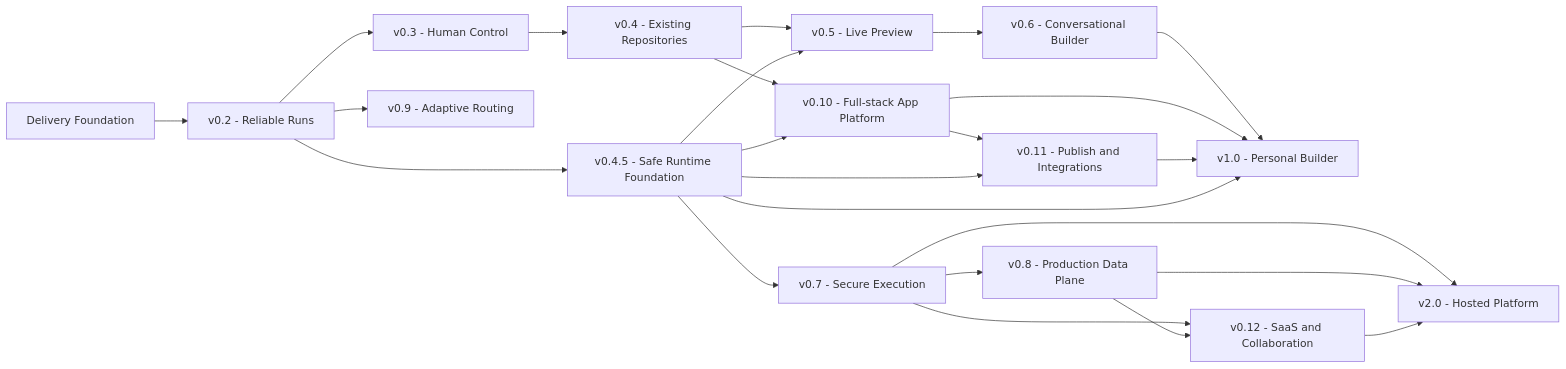
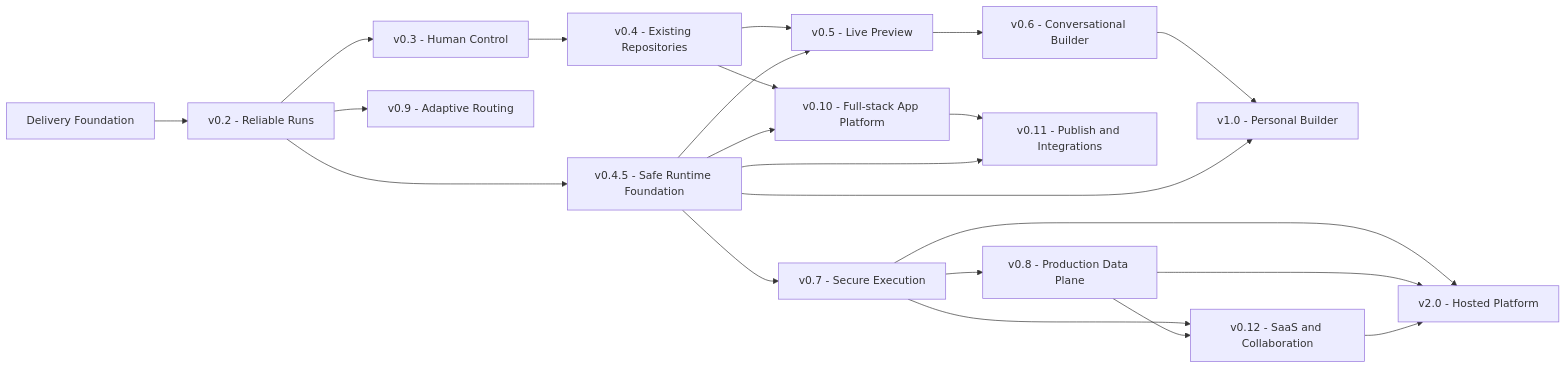
One commit to eedsilva/agent-foundry changed the diagram in planning/ROADMAP.md. Above: the diagram before and after it, drawn with Mermaid. The commit also changed other lines of this file and 6 other files, not shown here.

````diff
--- a/planning/ROADMAP.md
+++ b/planning/ROADMAP.md
@@ -23,41 +23,39 @@
 ```mermaid
 flowchart LR
   m_foundation["Delivery Foundation"]
   m_v0_2["v0.2 - Reliable Runs"]
   m_foundation --> m_v0_2
   m_v0_3["v0.3 - Human Control"]
   m_v0_2 --> m_v0_3
   m_v0_4["v0.4 - Existing Repositories"]
   m_v0_3 --> m_v0_4
   m_v0_4_5["v0.4.5 - Safe Runtime Foundation"]
   m_v0_2 --> m_v0_4_5
   m_v0_5["v0.5 - Live Preview"]
   m_v0_4 --> m_v0_5
   m_v0_4_5 --> m_v0_5
   m_v0_6["v0.6 - Conversational Builder"]
   m_v0_5 --> m_v0_6
   m_v0_10["v0.10 - Full-stack App Platform"]
   m_v0_4 --> m_v0_10
   m_v0_4_5 --> m_v0_10
   m_v0_11["v0.11 - Publish and Integrations"]
   m_v0_10 --> m_v0_11
   m_v0_4_5 --> m_v0_11
   m_v1_0["v1.0 - Personal Builder"]
   m_v0_6 --> m_v1_0
-  m_v0_10 --> m_v1_0
-  m_v0_11 --> m_v1_0
   m_v0_4_5 --> m_v1_0
   m_v0_7["v0.7 - Secure Execution"]
   m_v0_4_5 --> m_v0_7
   m_v0_8["v0.8 - Production Data Plane"]
   m_v0_7 --> m_v0_8
   m_v0_12["v0.12 - SaaS and Collaboration"]
   m_v0_7 --> m_v0_12
   m_v0_8 --> m_v0_12
   m_v2_0["v2.0 - Hosted Platform"]
   m_v0_7 --> m_v2_0
   m_v0_8 --> m_v2_0
   m_v0_12 --> m_v2_0
   m_v0_9["v0.9 - Adaptive Routing"]
   m_v0_2 --> m_v0_9
 ```
````
